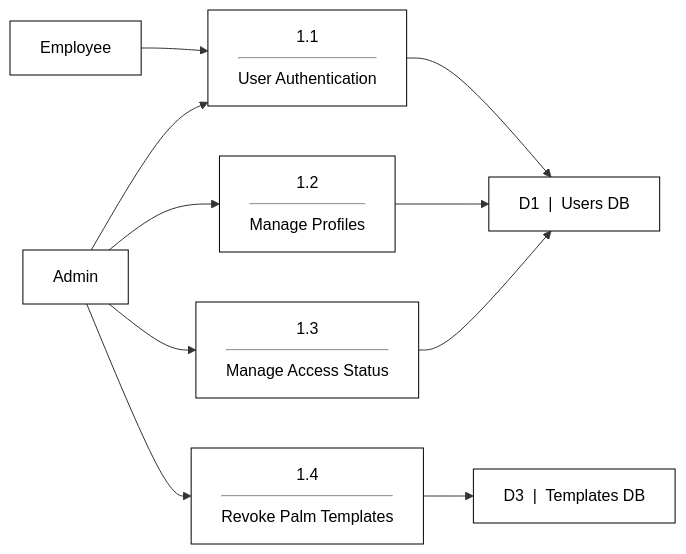
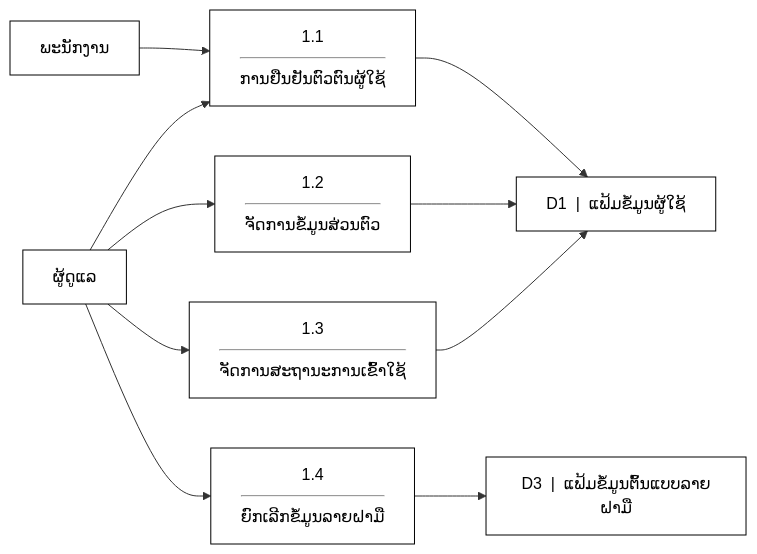
Before and after one commit to Touy2004/palm-back-end: the sixth of 14 diagrams in USER_MANUAL.md, drawn with Mermaid. The commit also changed other lines of this file, not shown here.

Commit message:
docs: update user manual with latest system specifications and deployment instructions

````diff
--- a/USER_MANUAL.md
+++ b/USER_MANUAL.md
@@ -359,30 +359,30 @@
 ```mermaid
 flowchart LR
-    Admin[Admin]:::entity
-    Employee[Employee]:::entity
+    Admin["ຜູ້ດູແລ"]:::entity
+    Employee["ພະນັກງານ"]:::entity
     
-    P1_1["1.1<hr/>User Authentication"]:::process
-    P1_2["1.2<hr/>Manage Profiles"]:::process
-    P1_3["1.3<hr/>Manage Access Status"]:::process
-    P1_4["1.4<hr/>Revoke Palm Templates"]:::process
+    P1_1["1.1<hr/>ການຢືນຢັນຕົວຕົນຜູ້ໃຊ້"]:::process
+    P1_2["1.2<hr/>ຈັດການຂໍ້ມູນສ່ວນຕົວ"]:::process
+    P1_3["1.3<hr/>ຈັດການສະຖານະການເຂົ້າໃຊ້"]:::process
+    P1_4["1.4<hr/>ຍົກເລີກຂໍ້ມູນລາຍຝາມື"]:::process
     
-    D1["D1 &nbsp;|&nbsp; Users DB"]:::datastore
-    D3["D3 &nbsp;|&nbsp; Templates DB"]:::datastore
+    D1["D1 &nbsp;|&nbsp; ແຟ້ມຂໍ້ມູນຜູ້ໃຊ້"]:::datastore
+    D3["D3 &nbsp;|&nbsp; ແຟ້ມຂໍ້ມູນຕົ້ນແບບລາຍຝາມື"]:::datastore
     
     Admin --> P1_1
     Employee --> P1_1
     P1_1 --> D1
     
     Admin --> P1_2
     P1_2 --> D1
     
     Admin --> P1_3
     P1_3 --> D1
     
     Admin --> P1_4
     P1_4 --> D3
 
     classDef entity fill:#fff,stroke:#000,stroke-width:1px,shape:rect,color:#000
     classDef process fill:#fff,stroke:#000,stroke-width:1px,shape:rect,color:#000
     classDef datastore fill:#fff,stroke:#000,stroke-width:1px,shape:rect,color:#000
 ```
````
